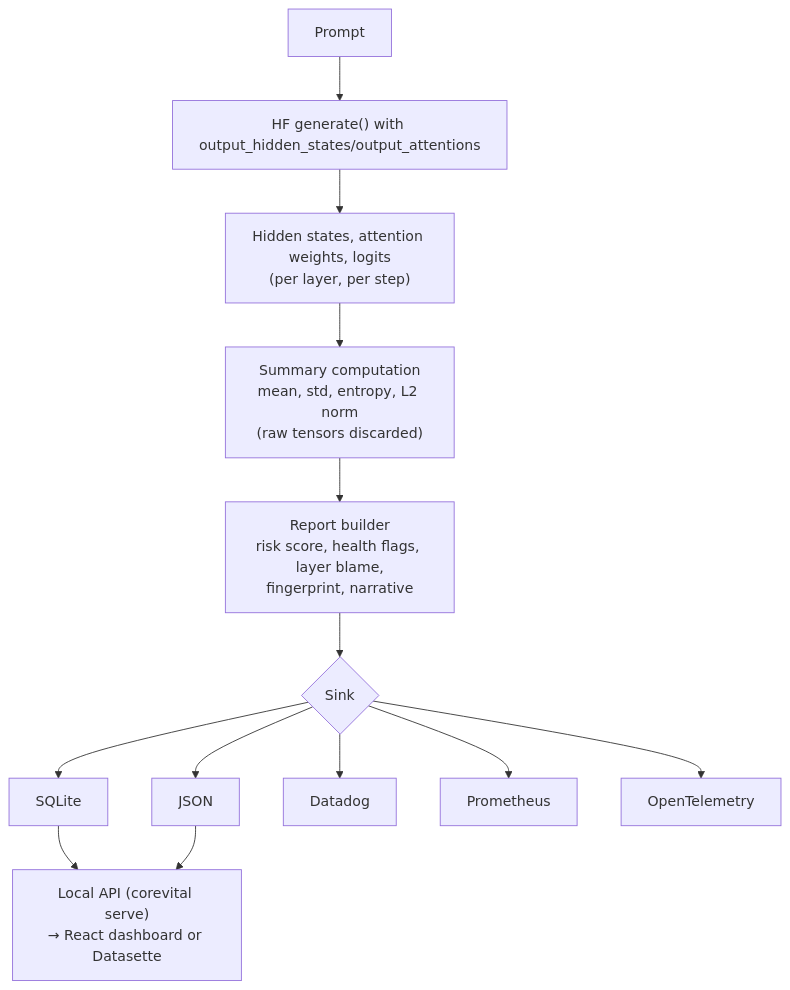
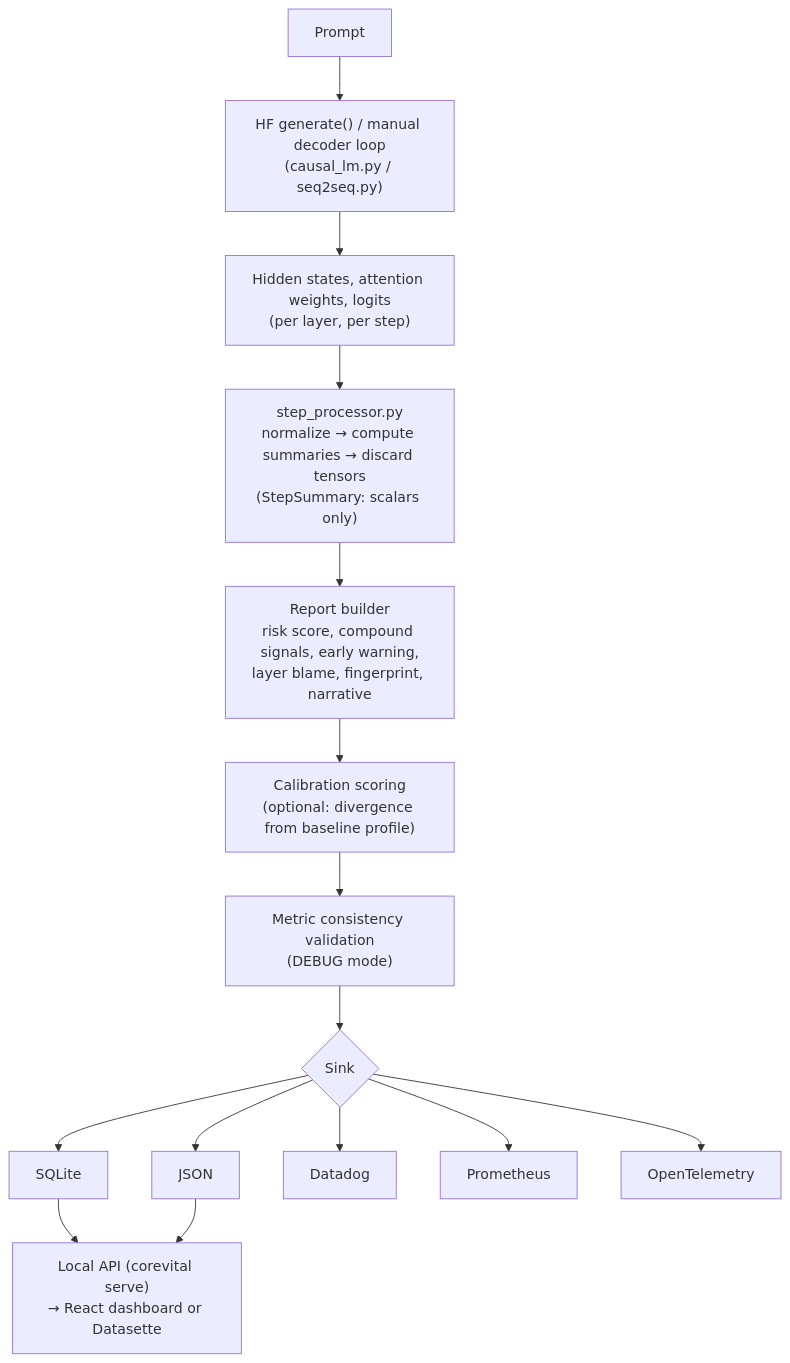
The diagram in README.md (Joe-b-20/CoreVital), drawn with Mermaid before and after one commit. The commit also changed other lines of this file and 20 other files, not shown here.

````diff
--- a/README.md
+++ b/README.md
@@ -70,15 +88,17 @@
 ```mermaid
 flowchart TD
-    A[Prompt] --> B["HF generate() with output_hidden_states/output_attentions"]
+    A[Prompt] --> B["HF generate() / manual decoder loop\n(causal_lm.py / seq2seq.py)"]
     B --> C["Hidden states, attention weights, logits\n(per layer, per step)"]
-    C --> D["Summary computation\nmean, std, entropy, L2 norm\n(raw tensors discarded)"]
-    D --> E["Report builder\nrisk score, health flags, layer blame,\nfingerprint, narrative"]
-    E --> F{Sink}
+    C --> D["step_processor.py\nnormalize → compute summaries → discard tensors\n(StepSummary: scalars only)"]
+    D --> E["Report builder\nrisk score, compound signals, early warning,\nlayer blame, fingerprint, narrative"]
+    E --> E2["Calibration scoring\n(optional: divergence from baseline profile)"]
+    E2 --> E3["Metric consistency validation\n(DEBUG mode)"]
+    E3 --> F{Sink}
     F --> G[SQLite]
     F --> H[JSON]
     F --> I[Datadog]
     F --> J[Prometheus]
     F --> K[OpenTelemetry]
     G --> L["Local API (corevital serve)\n→ React dashboard or Datasette"]
     H --> L
 ```
````
